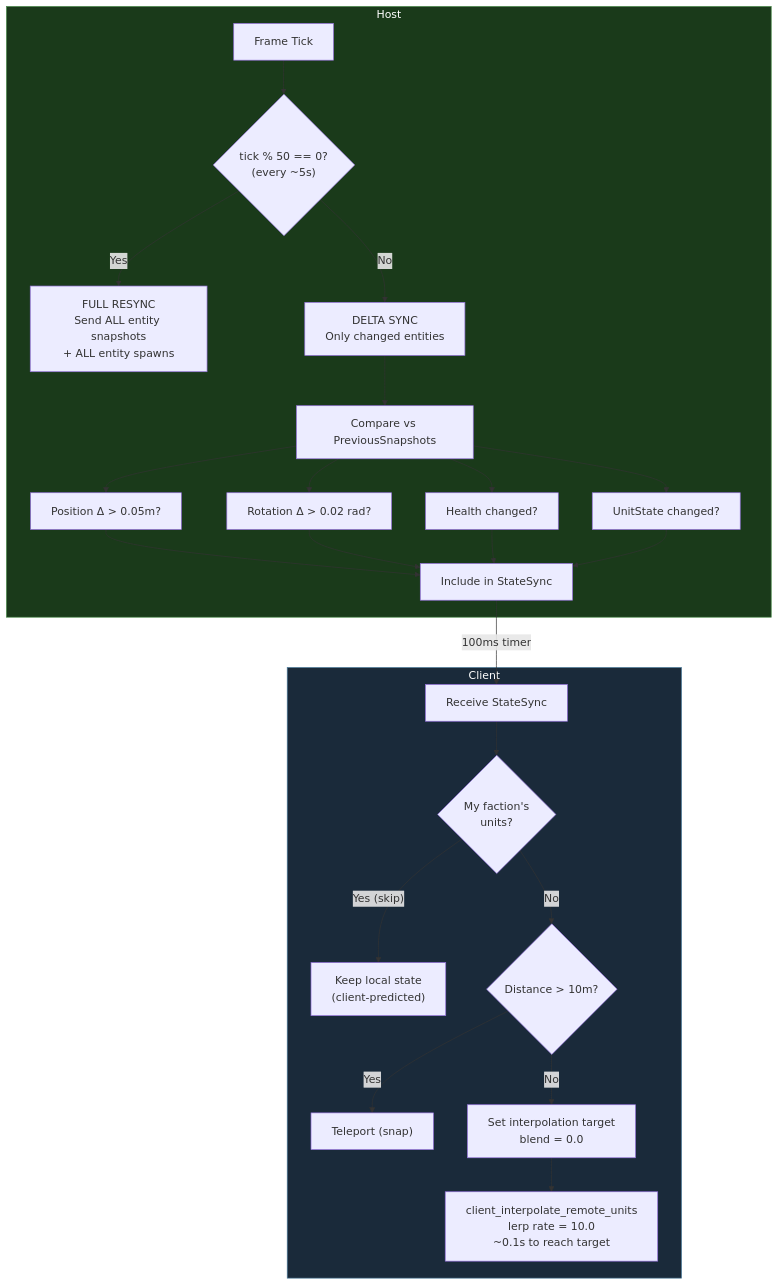
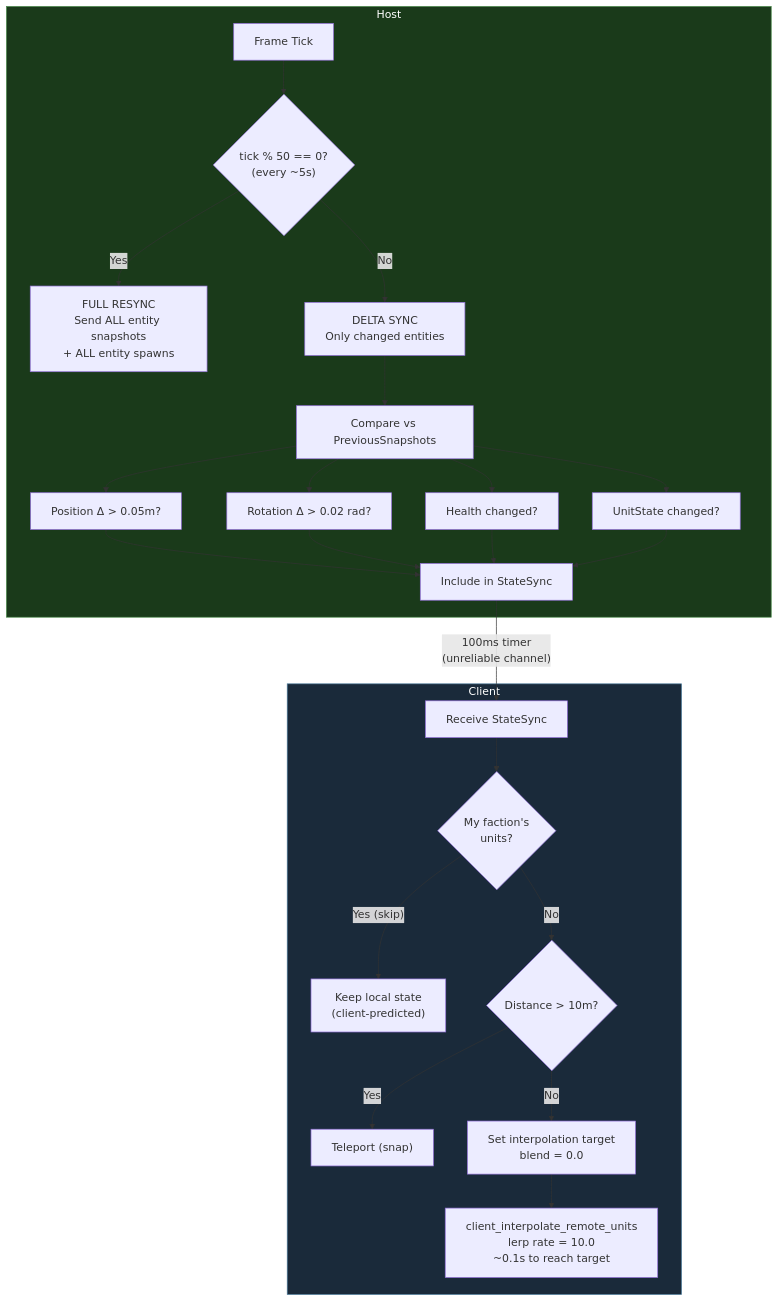
One commit to pashaydev/RTS changed the seventh of 11 diagrams in docs/multiplayer-architecture.md. Above: the diagram before and after it, drawn with Mermaid. The commit also changed other lines of this file and 15 other files, not shown here.

````diff
--- a/docs/multiplayer-architecture.md
+++ b/docs/multiplayer-architecture.md
@@ -363,37 +340,37 @@
 ```mermaid
 flowchart TD
     subgraph Host
         TICK["Frame Tick"]
         TICK --> CHECK{"tick % 50 == 0?\n(every ~5s)"}
 
         CHECK -->|Yes| FULL["FULL RESYNC\nSend ALL entity snapshots\n+ ALL entity spawns"]
         CHECK -->|No| DELTA["DELTA SYNC\nOnly changed entities"]
 
         DELTA --> COMPARE["Compare vs PreviousSnapshots"]
         COMPARE --> POS["Position Δ > 0.05m?"]
         COMPARE --> ROT["Rotation Δ > 0.02 rad?"]
         COMPARE --> HP["Health changed?"]
         COMPARE --> STATE["UnitState changed?"]
 
         POS --> SEND["Include in StateSync"]
         ROT --> SEND
         HP --> SEND
         STATE --> SEND
     end
 
     subgraph Client
         RECV["Receive StateSync"]
         RECV --> OWN{"My faction's\nunits?"}
         OWN -->|"Yes (skip)"| LOCAL["Keep local state\n(client-predicted)"]
         OWN -->|No| DIST{"Distance > 10m?"}
         DIST -->|Yes| SNAP["Teleport (snap)"]
         DIST -->|No| INTERP["Set interpolation target\nblend = 0.0"]
 
         INTERP --> LERP["client_interpolate_remote_units\nlerp rate = 10.0\n~0.1s to reach target"]
     end
 
-    SEND -->|"100ms timer"| RECV
+    SEND -->|"100ms timer\n(unreliable channel)"| RECV
 
     style Host fill:#1a3a1a,stroke:#4a8a4a,color:#fff
     style Client fill:#1a2a3a,stroke:#4a7a9a,color:#fff
 ```
````
